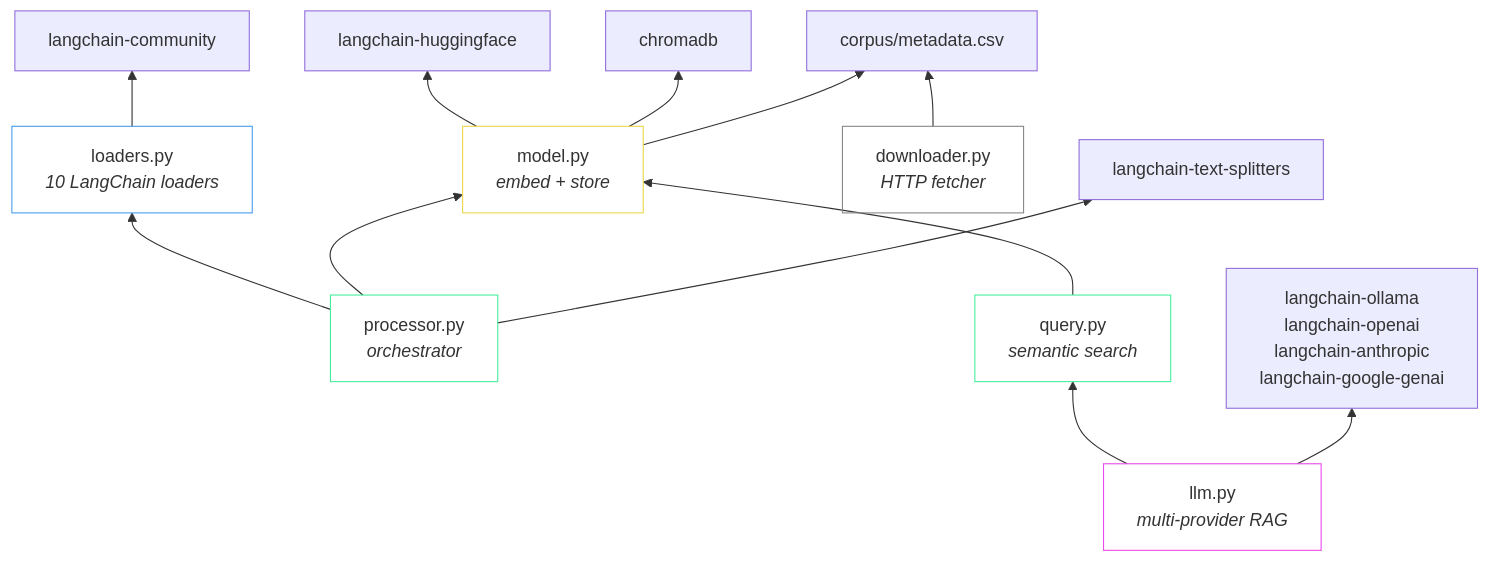
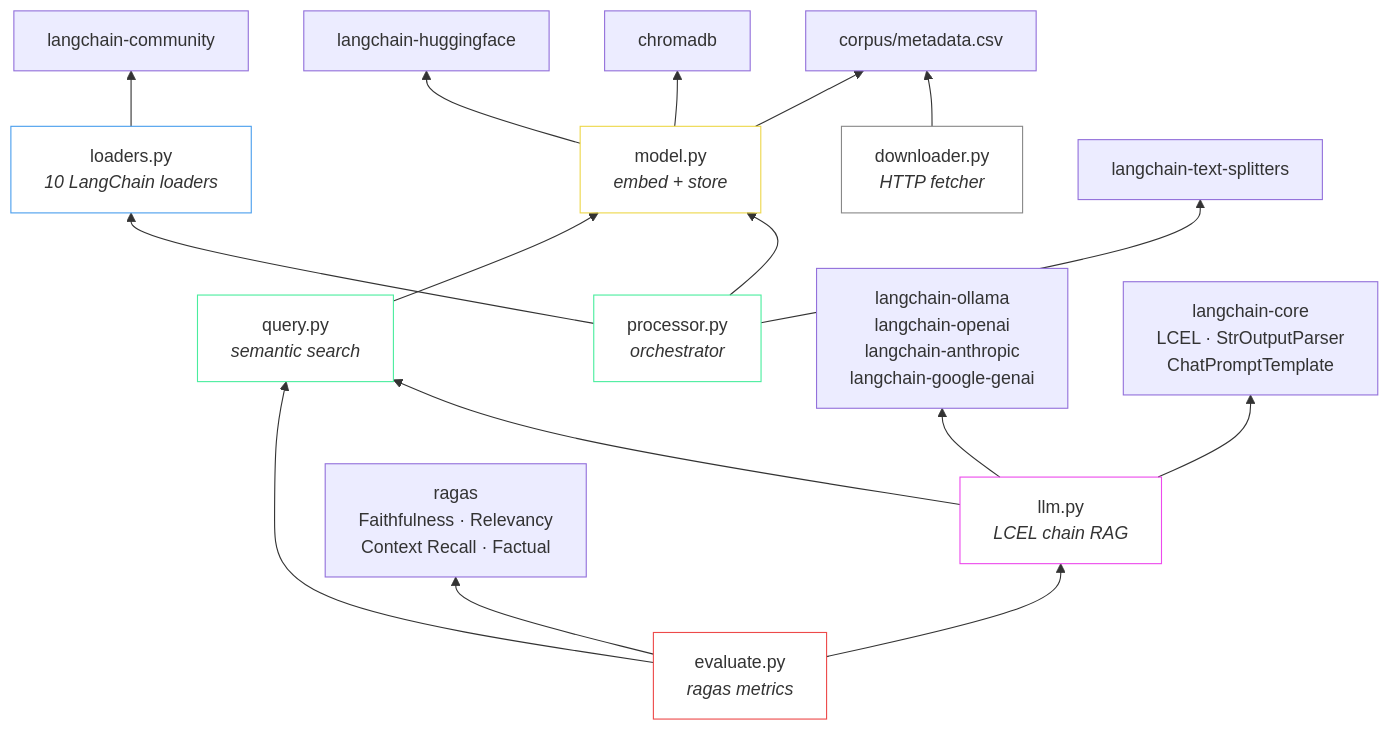
The fifth of 5 diagrams in docs/architecture.md (garthmortensen/rag_v1), drawn with Mermaid before and after one commit. The commit also changed other lines of this file and 15 other files, not shown here.

````diff
--- a/docs/architecture.md
+++ b/docs/architecture.md
@@ -363,34 +381,42 @@
 ```mermaid
 graph BT
     PROC["processor.py<br/><i>orchestrator</i>"]
     LOAD["loaders.py<br/><i>10 LangChain loaders</i>"]
     MODEL["model.py<br/><i>embed + store</i>"]
     DL["downloader.py<br/><i>HTTP fetcher</i>"]
     QUERY["query.py<br/><i>semantic search</i>"]
-    GEN["llm.py<br/><i>multi-provider RAG</i>"]
+    GEN["llm.py<br/><i>LCEL chain RAG</i>"]
+    EVAL["evaluate.py<br/><i>ragas metrics</i>"]
 
     LC_SPLIT["langchain-text-splitters"]
     LC_COMM["langchain-community"]
     LC_HF["langchain-huggingface"]
     LC_OL["langchain-ollama<br/>langchain-openai<br/>langchain-anthropic<br/>langchain-google-genai"]
+    LC_CORE["langchain-core<br/>LCEL · StrOutputParser<br/>ChatPromptTemplate"]
     CHROMA["chromadb"]
+    RAGAS["ragas<br/>Faithfulness · Relevancy<br/>Context Recall · Factual"]
 
     PROC --> LOAD
     PROC --> MODEL
     LOAD --> LC_COMM
     PROC --> LC_SPLIT
     MODEL --> LC_HF
     MODEL --> CHROMA
     QUERY --> MODEL
     GEN --> QUERY
     GEN --> LC_OL
+    GEN --> LC_CORE
+    EVAL --> GEN
+    EVAL --> QUERY
+    EVAL --> RAGAS
     DL --> META_CSV["corpus/metadata.csv"]
     MODEL --> META_CSV
 
     style PROC fill:none,stroke:#4aed9e
     style LOAD fill:none,stroke:#4a9eed
     style MODEL fill:none,stroke:#edd74a
     style DL fill:none,stroke:#888
     style QUERY fill:none,stroke:#4aed9e
     style GEN fill:none,stroke:#ed4aed
+    style EVAL fill:none,stroke:#ed4a4a
 ```
````
